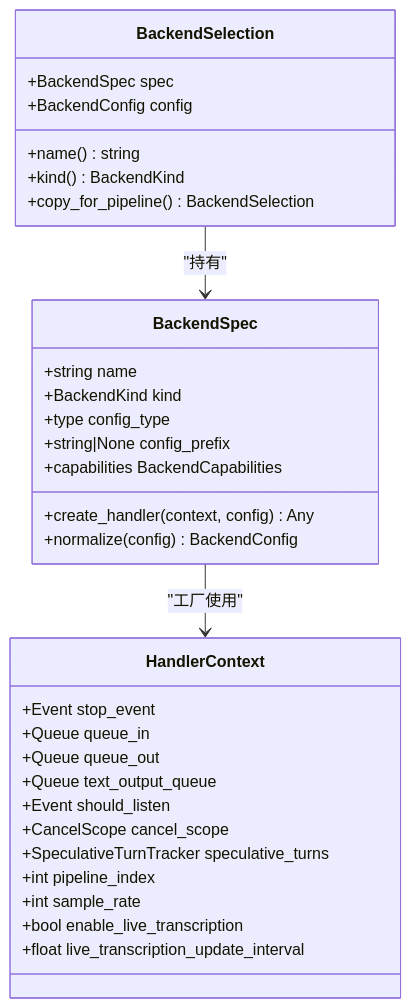
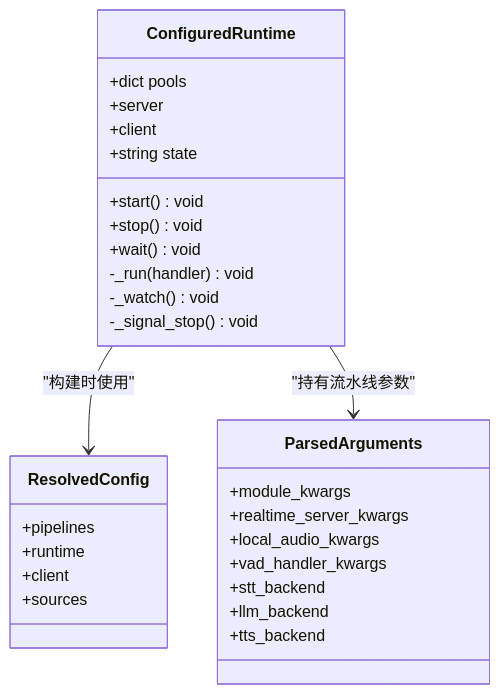
One commit to joezxh/speech-to-speech changed the fourth of 9 diagrams in .qoder/repowiki/zh/content/开发者指南.md. Above: the diagram before and after it, drawn with Mermaid. The commit also changed other lines of this file and 202 other files, not shown here.

Commit message:
chore(config): 将 LLM 基址切换到宿主反向代理并更新 repowiki 模块索引

````diff
--- a/.qoder/repowiki/zh/content/开发者指南.md
+++ b/.qoder/repowiki/zh/content/开发者指南.md
@@ -120,34 +180,32 @@
 ```mermaid
 classDiagram
-class BackendSpec {
-+string name
-+BackendKind kind
-+type config_type
-+create_handler(context, config) Any
-+string|None config_prefix
-+normalize(config) BackendConfig
-+capabilities BackendCapabilities
+class ConfiguredRuntime {
++dict pools
++server
++client
++string state
++start() void
++stop() void
++wait() void
+-_run(handler) void
+-_watch() void
+-_signal_stop() void
 }
-class HandlerContext {
-+Event stop_event
-+Queue queue_in
-+Queue queue_out
-+Queue text_output_queue
-+Event should_listen
-+CancelScope cancel_scope
-+SpeculativeTurnTracker speculative_turns
-+int pipeline_index
-+int sample_rate
-+bool enable_live_transcription
-+float live_transcription_update_interval
+class ResolvedConfig {
++pipelines
++runtime
++client
++sources
 }
-class BackendSelection {
-+BackendSpec spec
-+BackendConfig config
-+name() string
-+kind() BackendKind
-+copy_for_pipeline() BackendSelection
+class ParsedArguments {
++module_kwargs
++realtime_server_kwargs
++local_audio_kwargs
++vad_handler_kwargs
++stt_backend
++llm_backend
++tts_backend
 }
-BackendSpec --> HandlerContext : "工厂使用"
-BackendSelection --> BackendSpec : "持有"
+ConfiguredRuntime --> ResolvedConfig : "构建时使用"
+ConfiguredRuntime --> ParsedArguments : "持有流水线参数"
 ```
````
